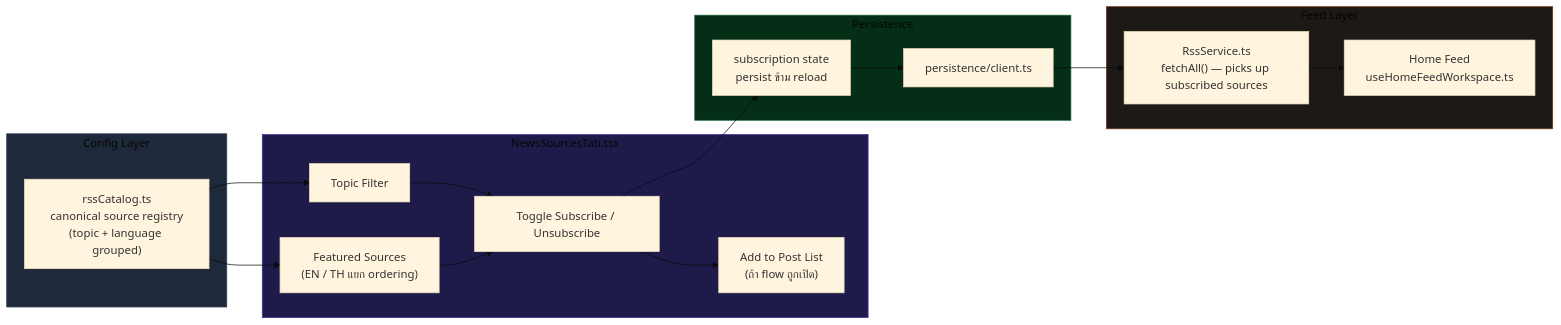
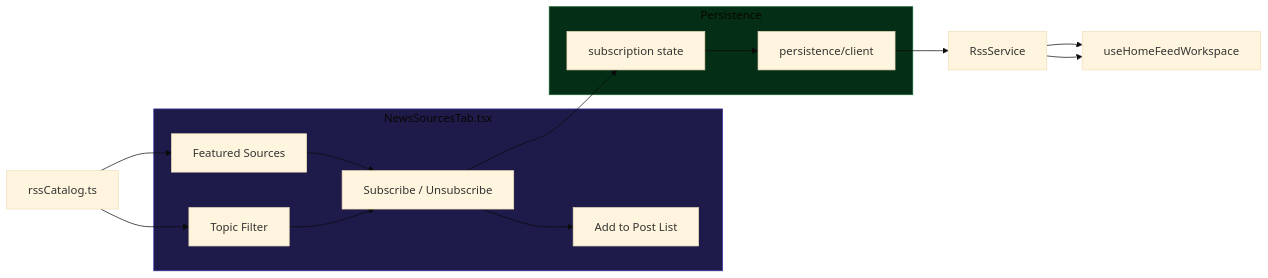
Before and after one commit to thefogusz/test: the diagram in docs/features/news-sources.md, drawn with Mermaid (base theme). The commit also changed other lines of this file and 10 other files, not shown here.

First line of the commit message:
Translate all English docs to Thai + fix diagram readability

````diff
--- a/docs/features/news-sources.md
+++ b/docs/features/news-sources.md
@@ -9,37 +9,26 @@
 ```mermaid
 flowchart LR
-    subgraph Config["Config Layer"]
-        CATALOG["rssCatalog.ts\ncanonical source registry\n(topic + language grouped)"]
-    end
+    CATALOG[rssCatalog.ts]
 
     subgraph UI["NewsSourcesTab.tsx"]
-        FEATURED["Featured Sources\n(EN / TH แยก ordering)"]
-        TOPIC["Topic Filter"]
-        TOGGLE["Toggle Subscribe / Unsubscribe"]
-        LISTASSIGN["Add to Post List\n(ถ้า flow ถูกเปิด)"]
+        FEATURED[Featured Sources]
+        TOPIC[Topic Filter]
+        TOGGLE[Subscribe / Unsubscribe]
+        LISTASSIGN[Add to Post List]
     end
 
     subgraph Persist["Persistence"]
-        STATE["subscription state\npersist ข้าม reload"]
-        CLIENT["persistence/client.ts"]
+        STATE[subscription state]
+        CLIENT[persistence/client]
     end
 
-    subgraph Feed["Feed Layer"]
-        RSS["RssService.ts\nfetchAll() — picks up subscribed sources"]
-        HOME["Home Feed\nuseHomeFeedWorkspace.ts"]
-    end
+    RSS[RssService] --> HOME[useHomeFeedWorkspace]
 
     CATALOG --> FEATURED & TOPIC
-    TOPIC --> TOGGLE
-    FEATURED --> TOGGLE
-    TOGGLE --> STATE
-    STATE --> CLIENT
+    FEATURED & TOPIC --> TOGGLE
+    TOGGLE --> STATE --> CLIENT --> RSS --> HOME
     TOGGLE --> LISTASSIGN
-    CLIENT --> RSS
-    RSS --> HOME
 
-    style Config fill:#1e293b,stroke:#334155
     style UI fill:#1e1b4b,stroke:#3730a3
     style Persist fill:#052e16,stroke:#166534
-    style Feed fill:#1c1917,stroke:#78350f
 ```
````
